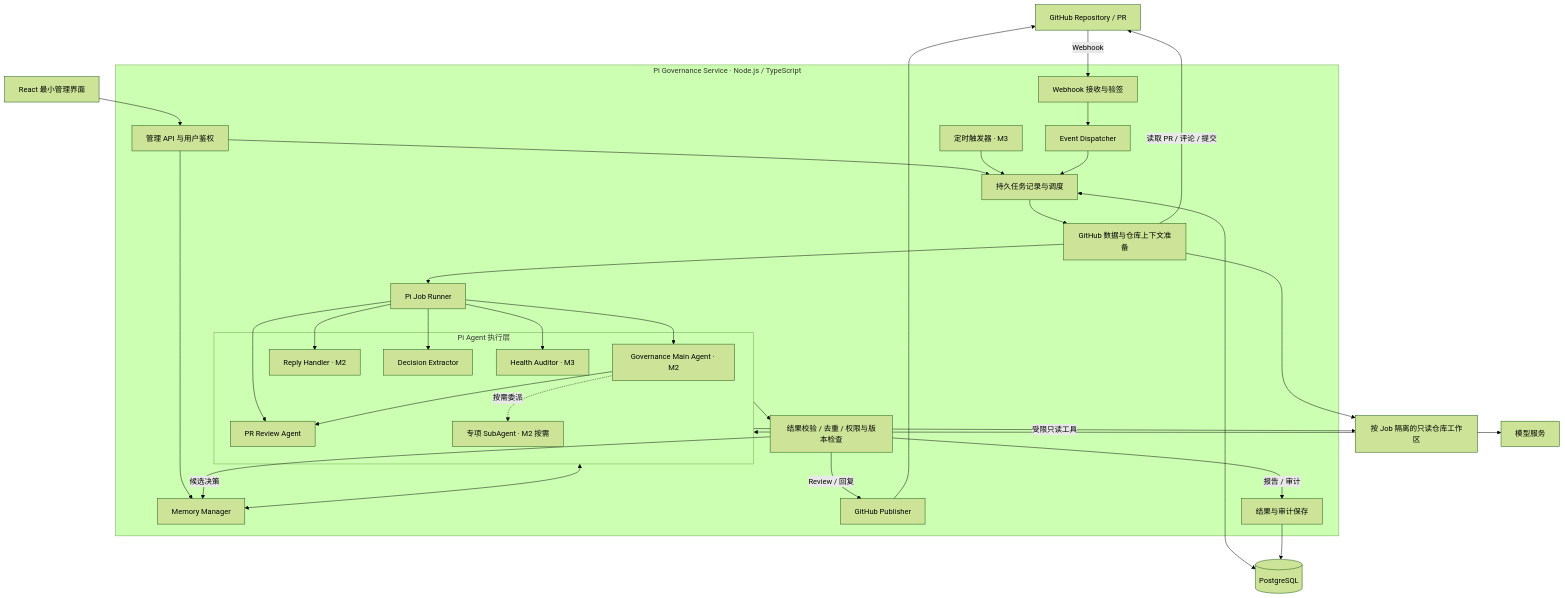
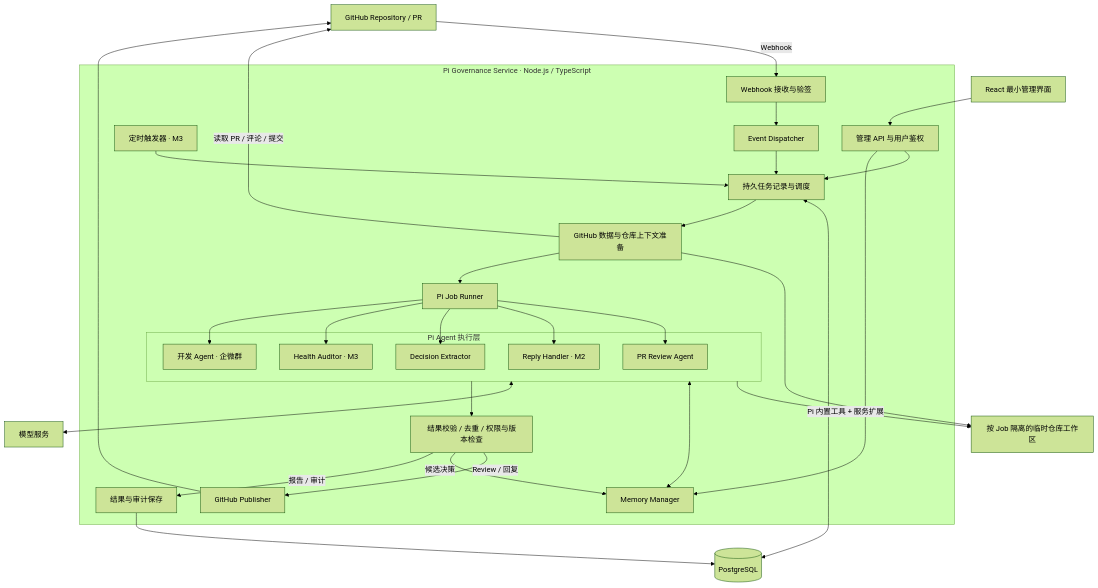
The diagram in docs/architecture.md (M2tHane/Github-PR-ReviewAgent), drawn with Mermaid (forest theme) before and after one commit. The commit also changed other lines of this file and 64 other files, not shown here.

````diff
--- a/docs/architecture.md
+++ b/docs/architecture.md
@@ -22,62 +22,59 @@
 ```mermaid
 flowchart TB
     GH[GitHub Repository / PR]
     UI[React 最小管理界面]
 
     subgraph SERVICE[Pi Governance Service · Node.js / TypeScript]
         WH[Webhook 接收与验签]
         API[管理 API 与用户鉴权]
         TIMER[定时触发器 · M3]
         ROUTER[Event Dispatcher]
         JOBS[持久任务记录与调度]
         CONTEXT[GitHub 数据与仓库上下文准备]
         RUNNER[Pi Job Runner]
 
         subgraph AGENTS[Pi Agent 执行层]
-            MAIN[Governance Main Agent · M2]
             REVIEW[PR Review Agent]
             REPLY[Reply Handler · M2]
             EXTRACT[Decision Extractor]
             HEALTH[Health Auditor · M3]
-            SPECIAL[专项 SubAgent · M2 按需]
+            DEV[开发 Agent · 企微群]
         end
 
         MEMORY[Memory Manager]
         VALIDATE[结果校验 / 去重 / 权限与版本检查]
         PUBLISH[GitHub Publisher]
         REPORT[结果与审计保存]
     end
 
     DB[(PostgreSQL)]
-    WS[按 Job 隔离的只读仓库工作区]
+    WS[按 Job 隔离的临时仓库工作区]
     LLM[模型服务]
 
     GH -->|Webhook| WH
     UI --> API
     WH --> ROUTER
     API --> JOBS
     API --> MEMORY
     TIMER --> JOBS
     ROUTER --> JOBS
     JOBS <--> DB
     JOBS --> CONTEXT
     CONTEXT -->|读取 PR / 评论 / 提交| GH
     CONTEXT --> WS
     CONTEXT --> RUNNER
     RUNNER --> REVIEW
     RUNNER --> REPLY
     RUNNER --> EXTRACT
     RUNNER --> HEALTH
-    RUNNER --> MAIN
-    MAIN --> REVIEW
-    MAIN -. 按需委派 .-> SPECIAL
-    AGENTS -->|受限只读工具| WS
+    RUNNER --> DEV
+    AGENTS -->|Pi 内置工具 + 服务扩展| WS
     AGENTS <--> MEMORY
     AGENTS <--> LLM
     AGENTS --> VALIDATE
     VALIDATE -->|Review / 回复| PUBLISH
     VALIDATE -->|候选决策| MEMORY
     VALIDATE -->|报告 / 审计| REPORT
     REPORT --> DB
     PUBLISH --> GH
 ```
````
